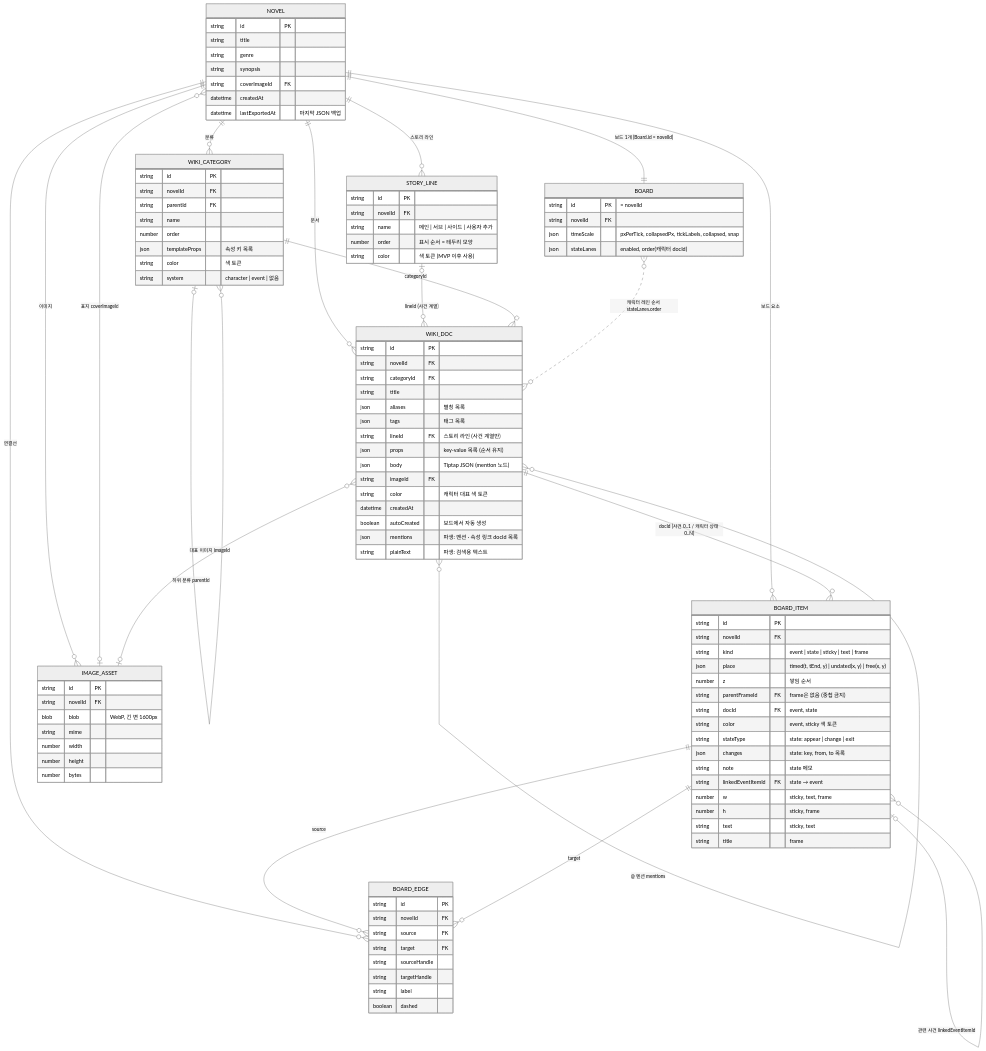
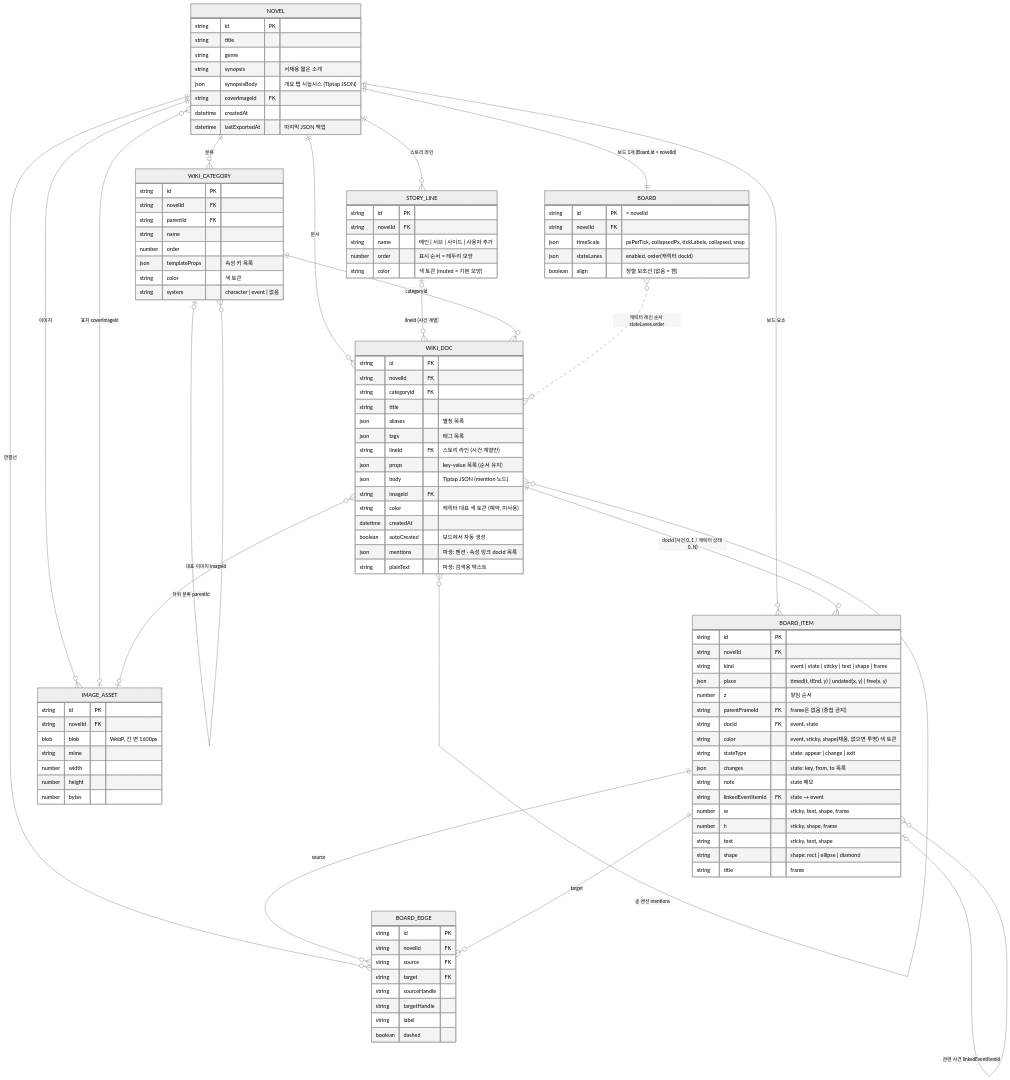
One commit to kty2001/NovelStory changed the first of 3 diagrams in docs/design/erd.md. Above: the diagram before and after it, drawn with Mermaid (neutral theme). The commit also changed other lines of this file and 11 other files, not shown here.

```diff
--- a/docs/design/erd.md
+++ b/docs/design/erd.md
@@ -36,7 +36,8 @@
         string id PK
         string title
         string genre
-        string synopsis
+        string synopsis "서재용 짧은 소개"
+        json synopsisBody "개요 탭 시놉시스 (Tiptap JSON)"
         string coverImageId FK
         datetime createdAt
         datetime lastExportedAt "마지막 JSON 백업"
@@ -46,6 +47,7 @@
         string novelId FK
         json timeScale "pxPerTick, collapsedPx, tickLabels, collapsed, snap"
         json stateLanes "enabled, order(캐릭터 docId)"
+        boolean align "정렬 보조선 (없음 = 켬)"
     }
     IMAGE_ASSET {
         string id PK
@@ -71,7 +73,7 @@
         string novelId FK
         string name "메인 | 서브 | 사이드 | 사용자 추가"
         number order "표시 순서 = 테두리 모양"
-        string color "색 토큰 (MVP 이후 사용)"
+        string color "색 토큰 (muted = 기본 모양)"
     }
     WIKI_DOC {
         string id PK
@@ -84,7 +86,7 @@
         json props "key-value 목록 (순서 유지)"
         json body "Tiptap JSON (mention 노드)"
         string imageId FK
-        string color "캐릭터 대표 색 토큰"
+        string color "캐릭터 대표 색 토큰 (예약, 미사용)"
         datetime createdAt
         boolean autoCreated "보드에서 자동 생성"
         json mentions "파생: 멘션 · 속성 링크 docId 목록"
@@ -93,19 +95,20 @@
     BOARD_ITEM {
         string id PK
         string novelId FK
-        string kind "event | state | sticky | text | frame"
+        string kind "event | state | sticky | text | shape | frame"
         json place "timed(t, tEnd, y) | undated(x, y) | free(x, y)"
         number z "쌓임 순서"
         string parentFrameId FK "frame은 없음 (중첩 금지)"
         string docId FK "event, state"
-        string color "event, sticky 색 토큰"
+        string color "event, sticky, shape(채움, 없으면 투명) 색 토큰"
         string stateType "state: appear | change | exit"
         json changes "state: key, from, to 목록"
         string note "state 메모"
         string linkedEventItemId FK "state → event"
-        number w "sticky, text, frame"
-        number h "sticky, frame"
-        string text "sticky, text"
+        number w "sticky, text, shape, frame"
+        number h "sticky, shape, frame"
+        string text "sticky, text, shape"
+        string shape "shape: rect | ellipse | diamond"
         string title "frame"
     }
     BOARD_EDGE {
```
